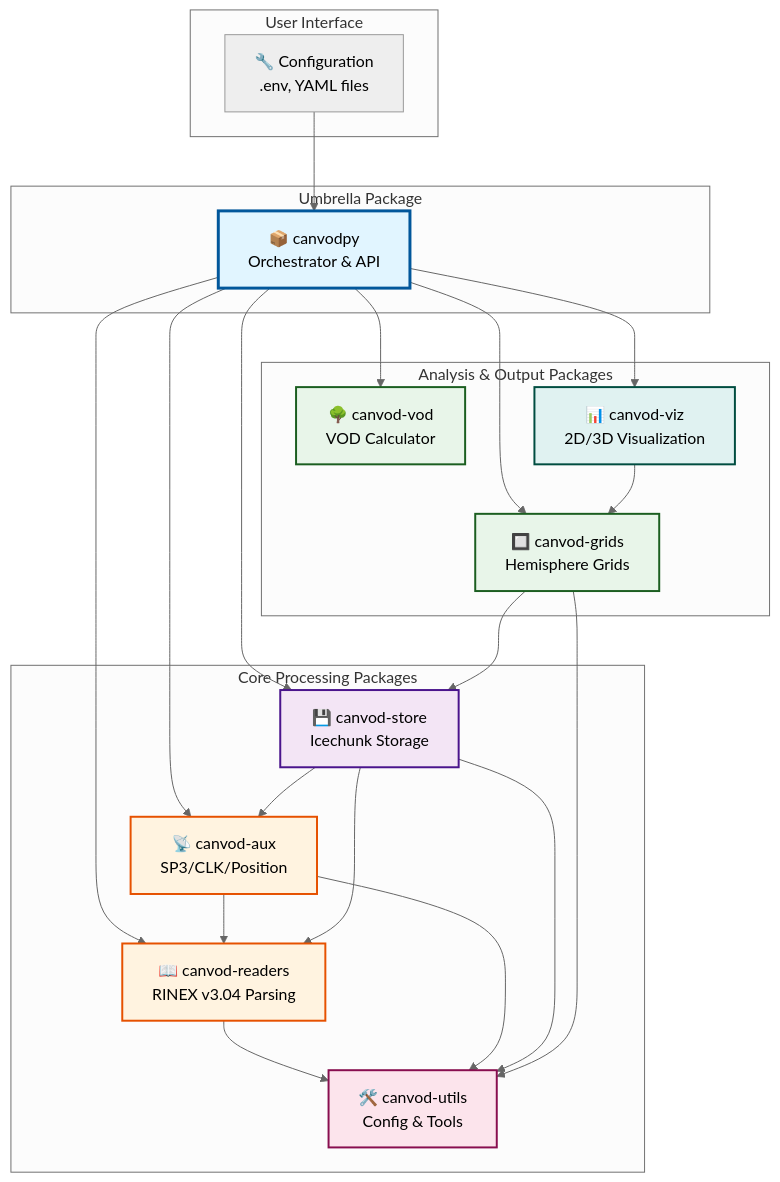
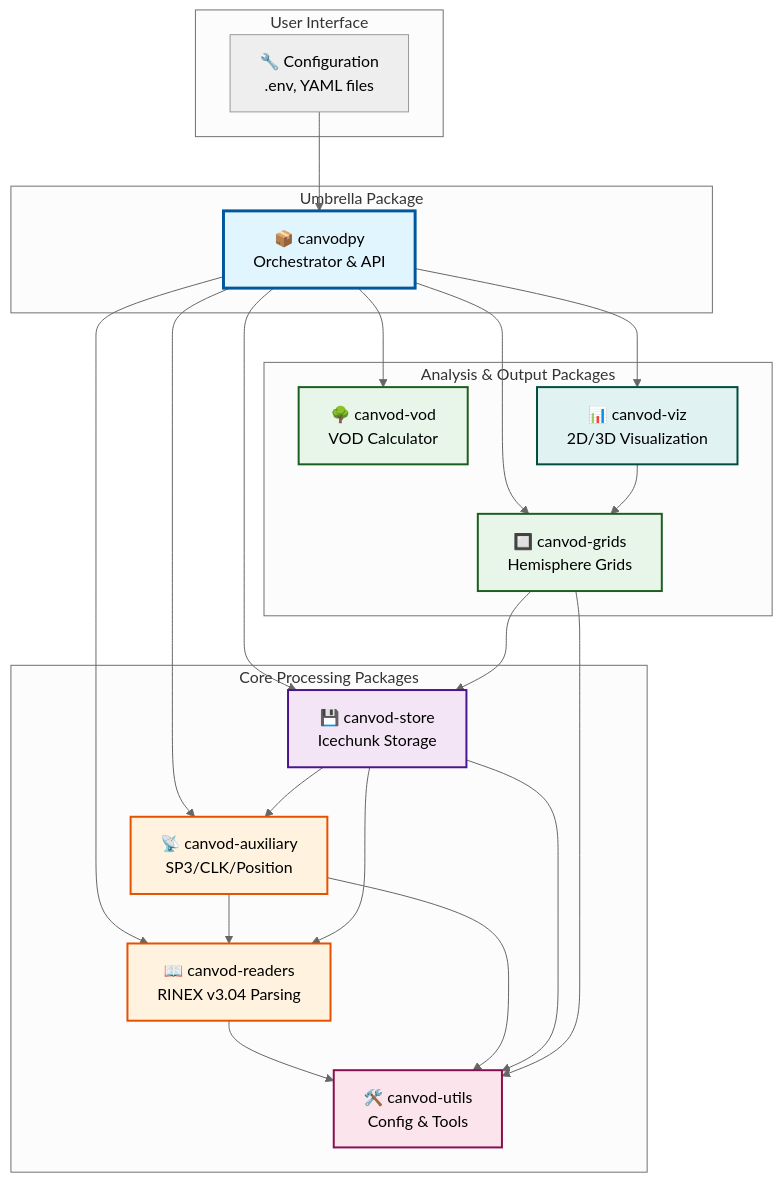
Before and after one commit to mfkiwl/canvodpy: the first of 9 diagrams in docs-site/docs/ARCHITECTURE_DIAGRAMS.md, drawn with Mermaid (neutral theme). The commit also changed other lines of this file and 107 other files, not shown here.

First line of the commit message:
refactor: update all imports and references to canvod.auxiliary

````diff
--- a/docs-site/docs/ARCHITECTURE_DIAGRAMS.md
+++ b/docs-site/docs/ARCHITECTURE_DIAGRAMS.md
@@ -12,50 +12,50 @@
 ```mermaid
 graph TB
     subgraph "User Interface"
         Config["🔧 Configuration<br/>.env, YAML files"]
     end
 
     subgraph "Umbrella Package"
         Canvodpy["📦 canvodpy<br/>Orchestrator & API"]
     end
 
     subgraph "Core Processing Packages"
         Readers["📖 canvod-readers<br/>RINEX v3.04 Parsing"]
-        Aux["📡 canvod-aux<br/>SP3/CLK/Position"]
+        Aux["📡 canvod-auxiliary<br/>SP3/CLK/Position"]
         Store["💾 canvod-store<br/>Icechunk Storage"]
         Utils["🛠️ canvod-utils<br/>Config & Tools"]
     end
 
     subgraph "Analysis & Output Packages"
         VOD["🌳 canvod-vod<br/>VOD Calculator"]
         Grids["🔲 canvod-grids<br/>Hemisphere Grids"]
         Viz["📊 canvod-viz<br/>2D/3D Visualization"]
     end
 
     Config --> Canvodpy
     Canvodpy --> Readers
     Canvodpy --> Aux
     Canvodpy --> Store
     Canvodpy --> VOD
     Canvodpy --> Grids
     Canvodpy --> Viz
 
     Readers --> Utils
     Aux --> Readers
     Aux --> Utils
     Store --> Aux
     Store --> Readers
     Store --> Utils
     Grids --> Store
     Grids --> Utils
     Viz --> Grids
 
     style Canvodpy fill:#e1f5ff,stroke:#01579b,stroke-width:3px
     style Readers fill:#fff3e0,stroke:#e65100,stroke-width:2px
     style Aux fill:#fff3e0,stroke:#e65100,stroke-width:2px
     style Store fill:#f3e5f5,stroke:#4a148c,stroke-width:2px
     style VOD fill:#e8f5e9,stroke:#1b5e20,stroke-width:2px
     style Grids fill:#e8f5e9,stroke:#1b5e20,stroke-width:2px
     style Viz fill:#e0f2f1,stroke:#004d40,stroke-width:2px
     style Utils fill:#fce4ec,stroke:#880e4f,stroke-width:2px
 ```
````
